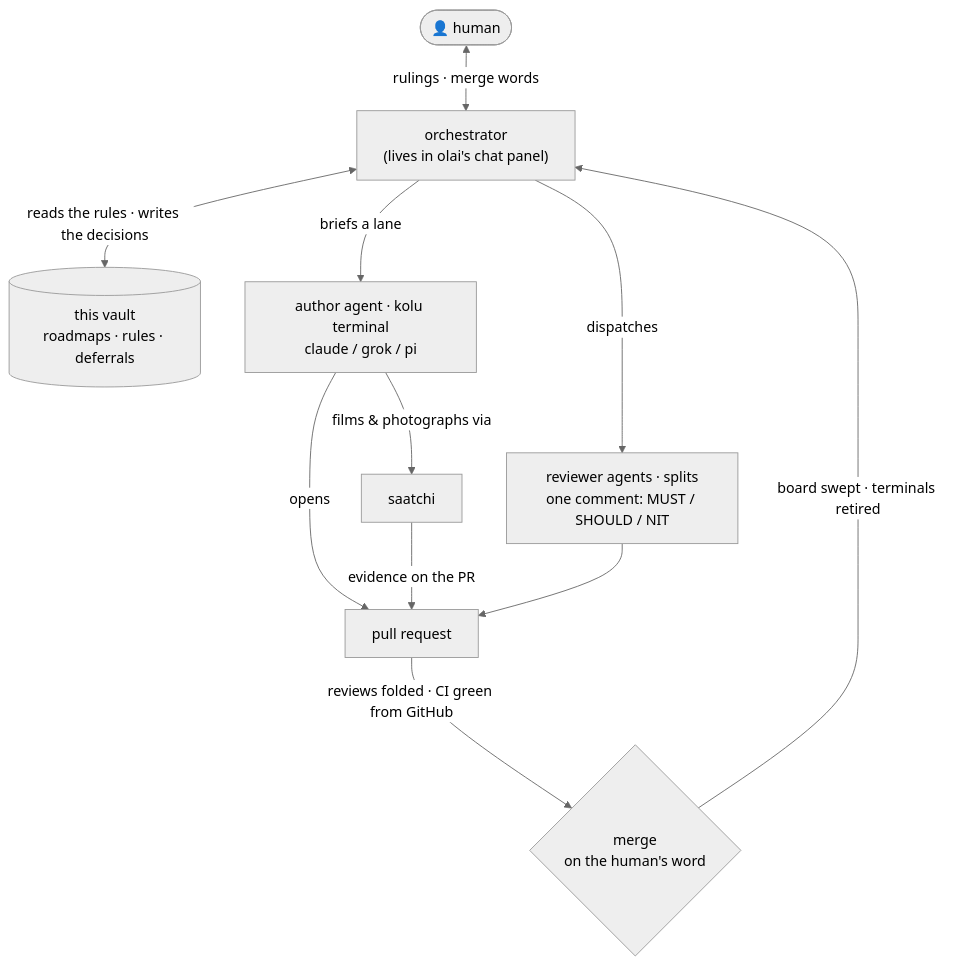
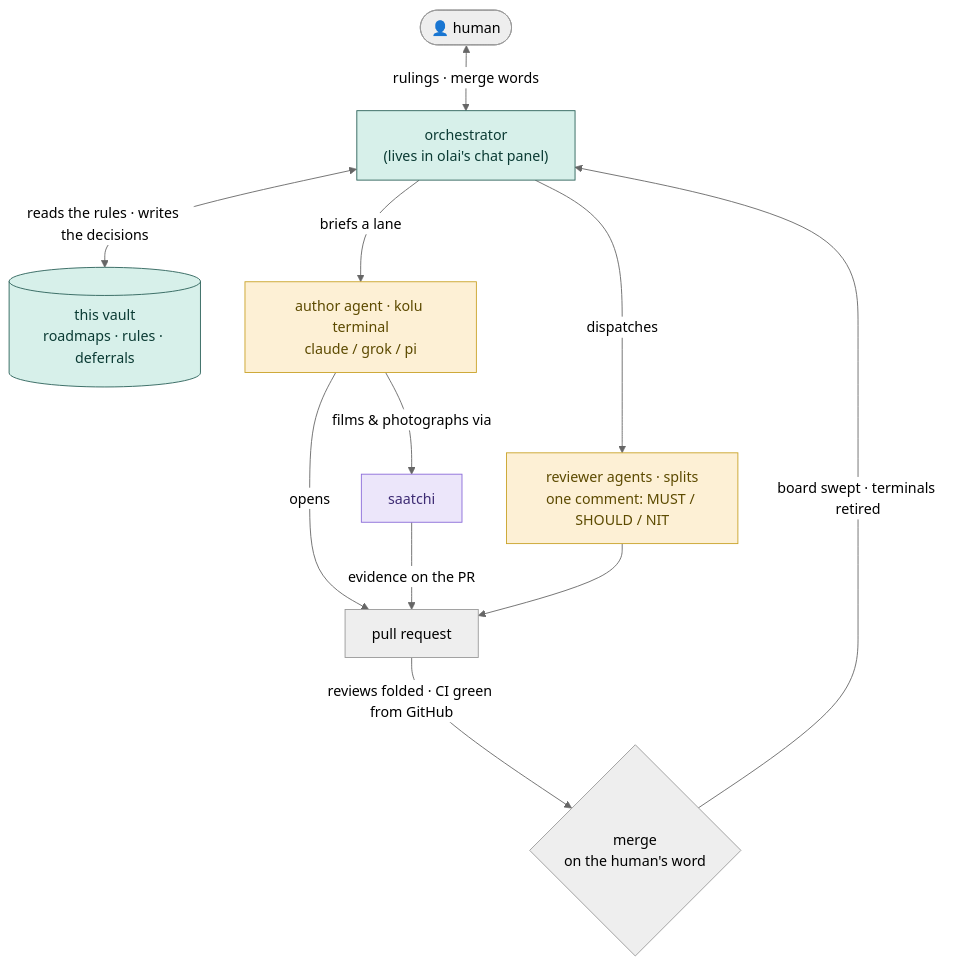
The diagram in README.md (juspay/oss.olai), drawn with Mermaid (neutral theme) before and after one commit.

Commit message:
olai: README diagram coloured by side: olai's orchestrator+vault in mint, the kolu terminal agents in sand, saatchi in lavender
X-Olai-Writer: chat-agent

````diff
--- a/README.md
+++ b/README.md
@@ -11,13 +11,20 @@
 ```mermaid
 flowchart TD
     H([👤 human]) <-- rulings · merge words --> O["orchestrator<br/>(lives in olai's chat panel)"]
     O <-- reads the rules · writes the decisions --> V[("this vault<br/>roadmaps · rules · deferrals")]
     O -- briefs a lane --> A["author agent · kolu terminal<br/>claude / grok / pi"]
     A -- opens --> PR[pull request]
     A -- films & photographs via --> S[saatchi]
     S -- evidence on the PR --> PR
     O -- dispatches --> R["reviewer agents · splits<br/>one comment: MUST / SHOULD / NIT"]
     R --> PR
     PR -- reviews folded · CI green from GitHub --> M{"merge<br/>on the human's word"}
     M -- board swept · terminals retired --> O
+
+    classDef olai fill:#d7f0ea,stroke:#2a6058,color:#0b3b34
+    classDef kolu fill:#fdf0d5,stroke:#c9a227,color:#5c4a00
+    classDef tool fill:#ece6fa,stroke:#8a6ad9,color:#3d2b73
+    class O,V olai
+    class A,R kolu
+    class S tool
 ```
````
